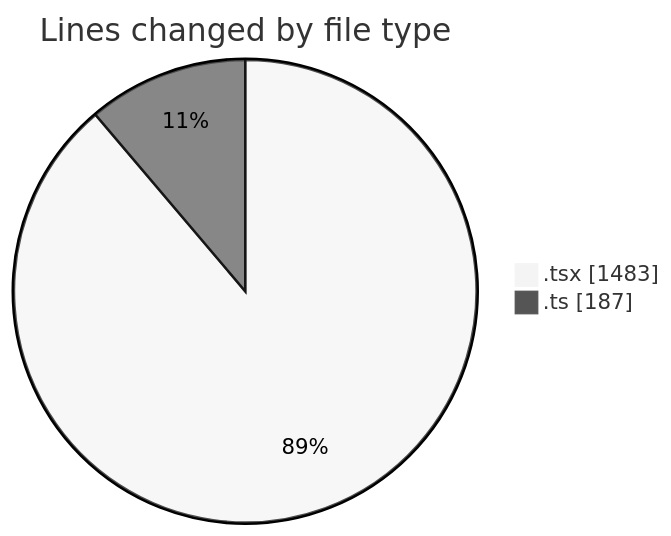
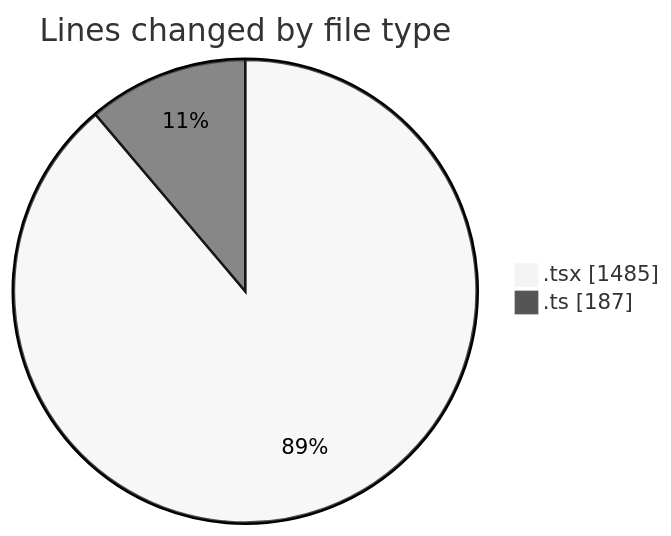
The first of 2 diagrams in 2025-02-03/mbc-web/README.md (robertbonfada/code-tracking), drawn with Mermaid (neutral theme) before and after one commit. The commit also changed other lines of this file and 1 other file, not shown here.

````diff
--- a/2025-02-03/mbc-web/README.md
+++ b/2025-02-03/mbc-web/README.md
@@ -25,6 +25,6 @@
 ```mermaid
 pie showData
 title Lines changed by file type
-".tsx" : 1483
+".tsx" : 1485
 ".ts" : 187
 ```
````
